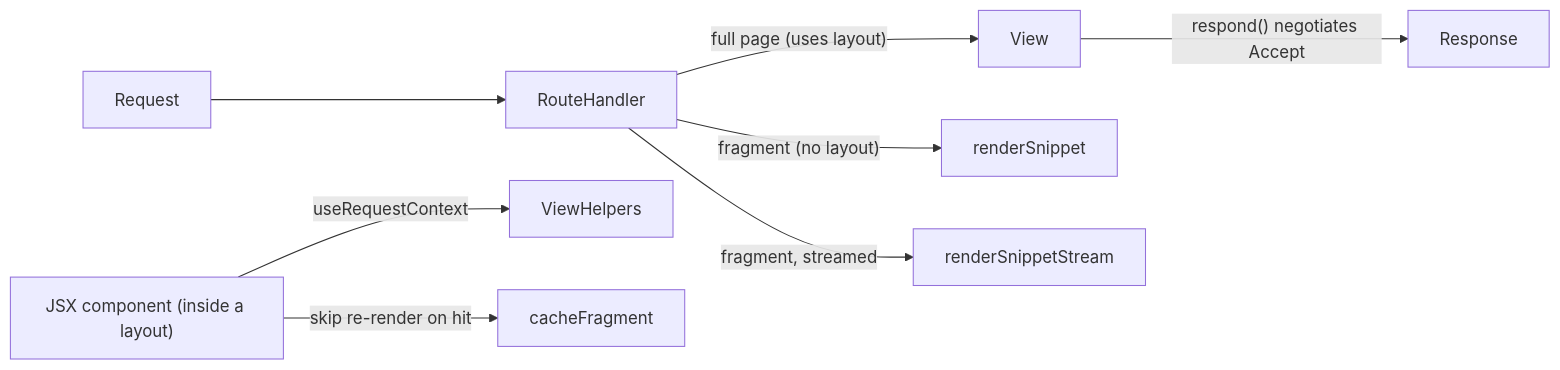
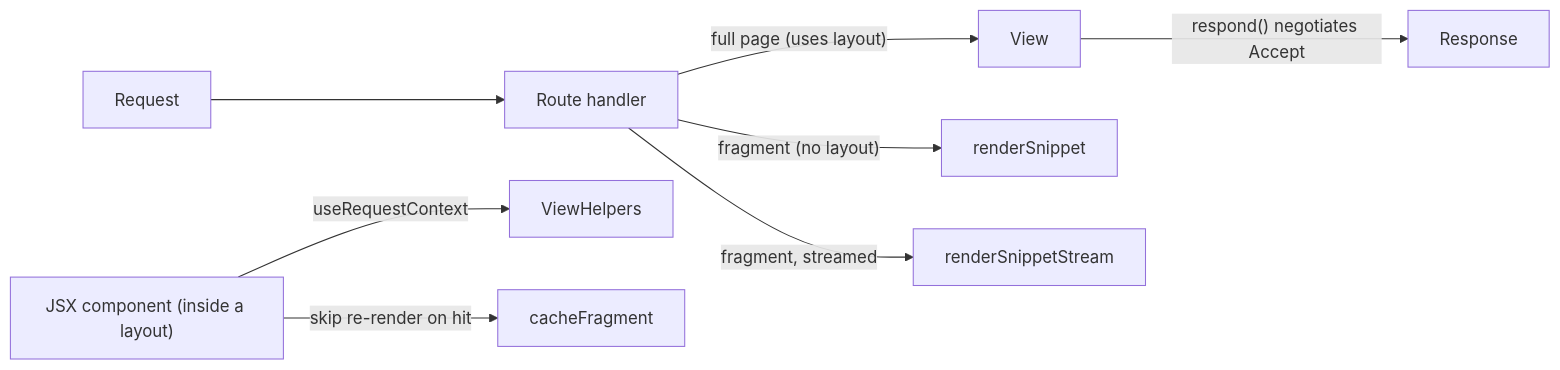
Before and after one commit to tknf/oven: the diagram in docs/view.md, drawn with Mermaid. The commit also changed other lines of this file and 20 other files, not shown here.

````diff
--- a/docs/view.md
+++ b/docs/view.md
@@ -31,10 +34,10 @@
 ```mermaid
 flowchart LR
-    Request --> RouteHandler
-    RouteHandler -->|"full page (uses layout)"| View
-    RouteHandler -->|"fragment (no layout)"| renderSnippet
-    RouteHandler -->|"fragment, streamed"| renderSnippetStream
+    Request --> Route["Route handler"]
+    Route -->|"full page (uses layout)"| View
+    Route -->|"fragment (no layout)"| renderSnippet
+    Route -->|"fragment, streamed"| renderSnippetStream
     View -->|"respond() negotiates Accept"| Response
     JSXComponent["JSX component (inside a layout)"] -->|useRequestContext| ViewHelpers
     JSXComponent -->|"skip re-render on hit"| cacheFragment
 ```
````
